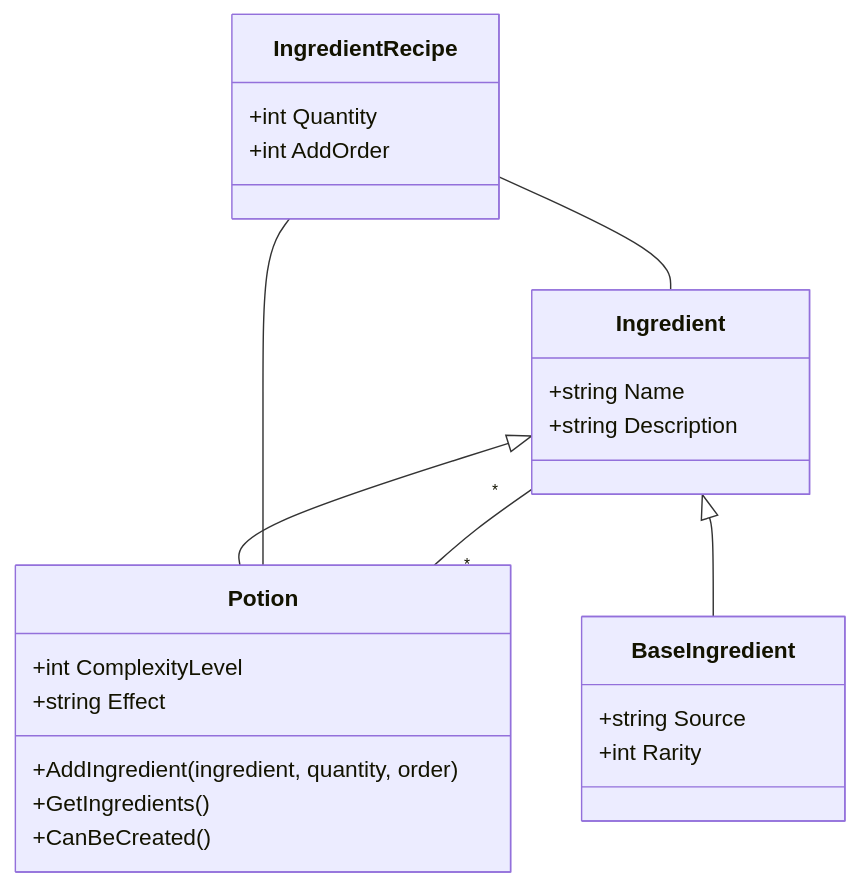
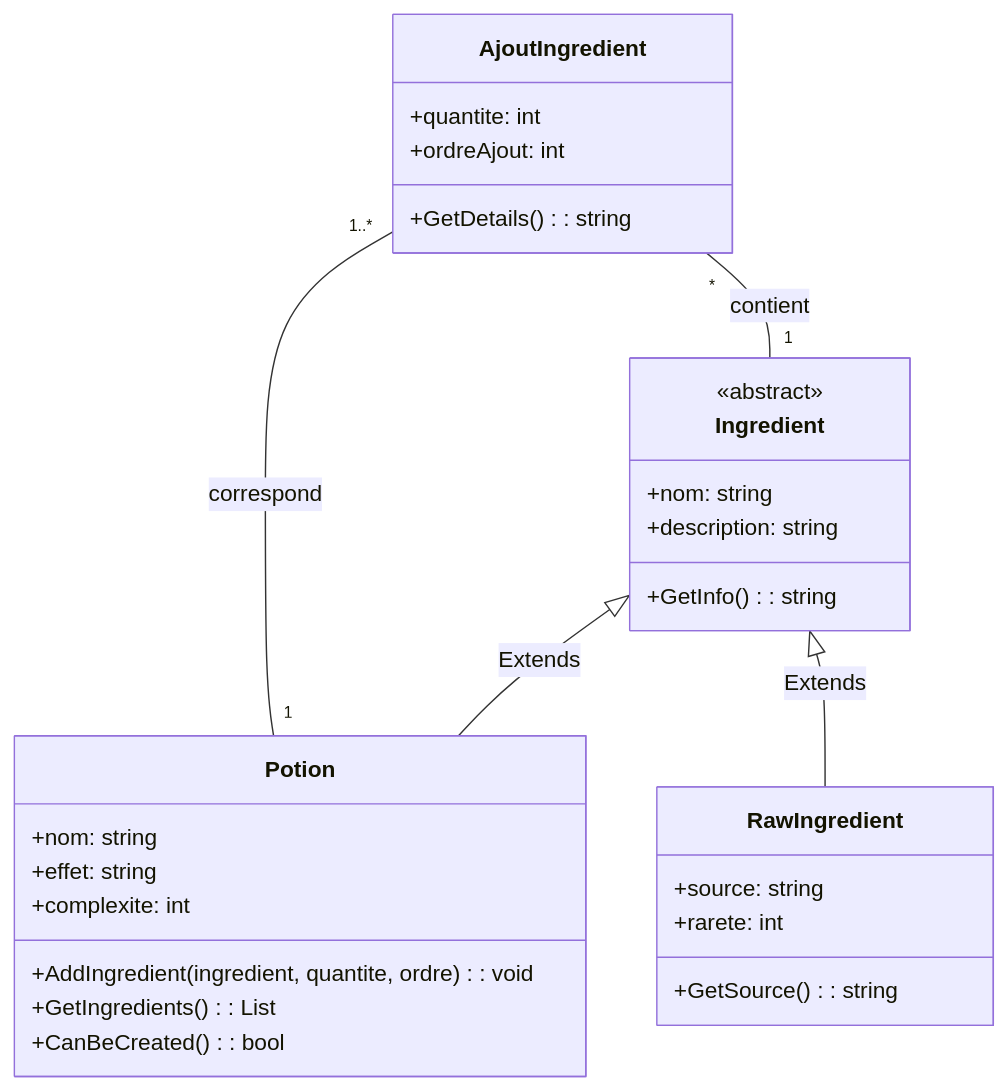
One commit to franlealp1/UML-Games-v3 changed the diagram in ProjetVS/Solutions/Chapitre2-Exercice4-Diagramme.md. Above: the diagram before and after it, drawn with Mermaid. The commit also changed other lines of this file and 12 other files, not shown here.

````diff
--- a/ProjetVS/Solutions/Chapitre2-Exercice4-Diagramme.md
+++ b/ProjetVS/Solutions/Chapitre2-Exercice4-Diagramme.md
@@ -5,38 +7,40 @@
 ```mermaid
 classDiagram
-    %% Classe de base Ingredient
+    %% Classe abstraite Ingredient
     class Ingredient {
-        +string Name
-        +string Description
+        <<abstract>>
+        +nom: string
+        +description: string
+        +GetInfo(): string
     }
     
-    %% Classe Potion qui hérite d'Ingredient (peut être utilisée comme ingrédient)
-    class Potion {
-        +int ComplexityLevel
-        +string Effect
-        +AddIngredient(ingredient, quantity, order)
-        +GetIngredients()
-        +CanBeCreated()
+    %% Classe AjoutIngredient (IngredientPotion dans l'énoncé)
+    class AjoutIngredient {
+        +quantite: int
+        +ordreAjout: int
+        +GetDetails(): string
     }
     
-    %% Classe BaseIngredient qui hérite d'Ingredient
-    class BaseIngredient {
-        +string Source
-        +int Rarity
+    %% Classe Potion qui hérite d'Ingredient
+    class Potion {
+        +nom: string
+        +effet: string
+        +complexite: int
+        +AddIngredient(ingredient, quantite, ordre): void
+        +GetIngredients(): List<AjoutIngredient>
+        +CanBeCreated(): bool
+    }
+    
+    %% Classe RawIngredient qui hérite d'Ingredient
+    class RawIngredient {
+        +source: string
+        +rarete: int
+        +GetSource(): string
     }
 
-    %% Classe d'association IngredientRecipe
-    class IngredientRecipe {
-        +int Quantity
-        +int AddOrder
-    }
-
-    %% Relations d'héritage
-    Ingredient <|-- Potion
-    Ingredient <|-- BaseIngredient
-    
-    %% RELATION MANY-TO-MANY AVEC CLASSE D'ASSOCIATION
-    Potion "*" -- "*" Ingredient
-    IngredientRecipe -- Potion
-    IngredientRecipe -- Ingredient
+    %% Relations
+    AjoutIngredient "*" -- "1" Ingredient : contient
+    AjoutIngredient "1..*" -- "1" Potion : correspond
+    Ingredient <|-- Potion : Extends
+    Ingredient <|-- RawIngredient : Extends
 ```
````
